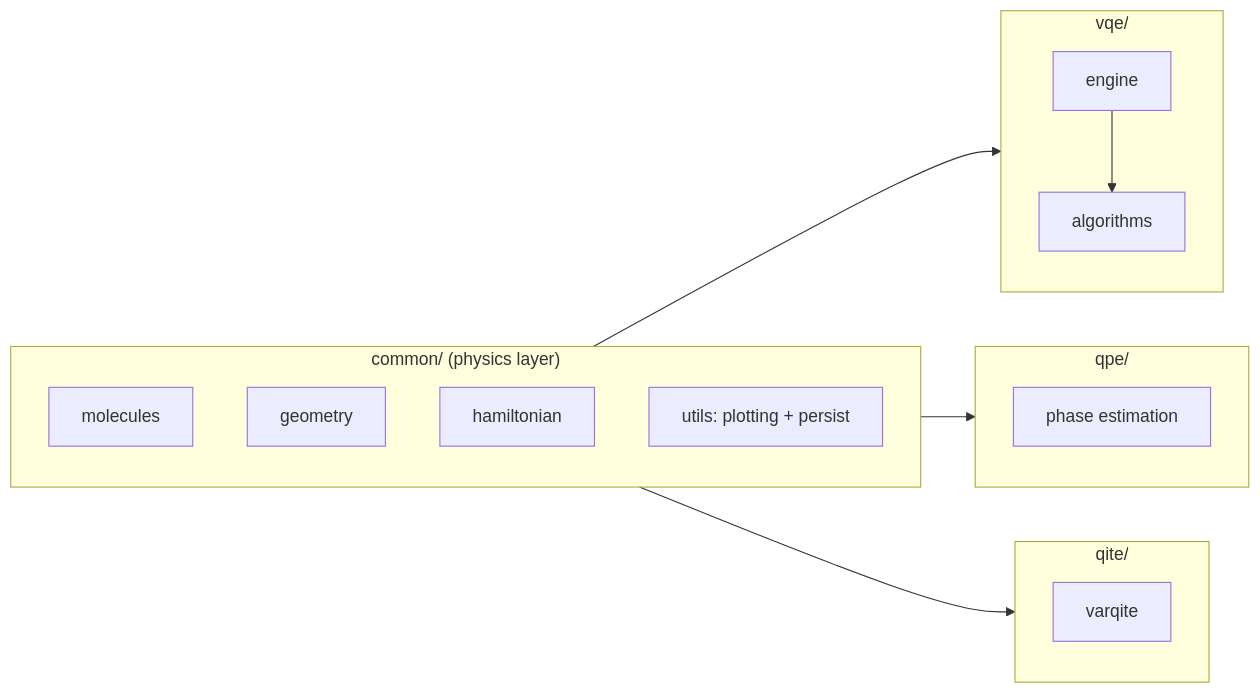
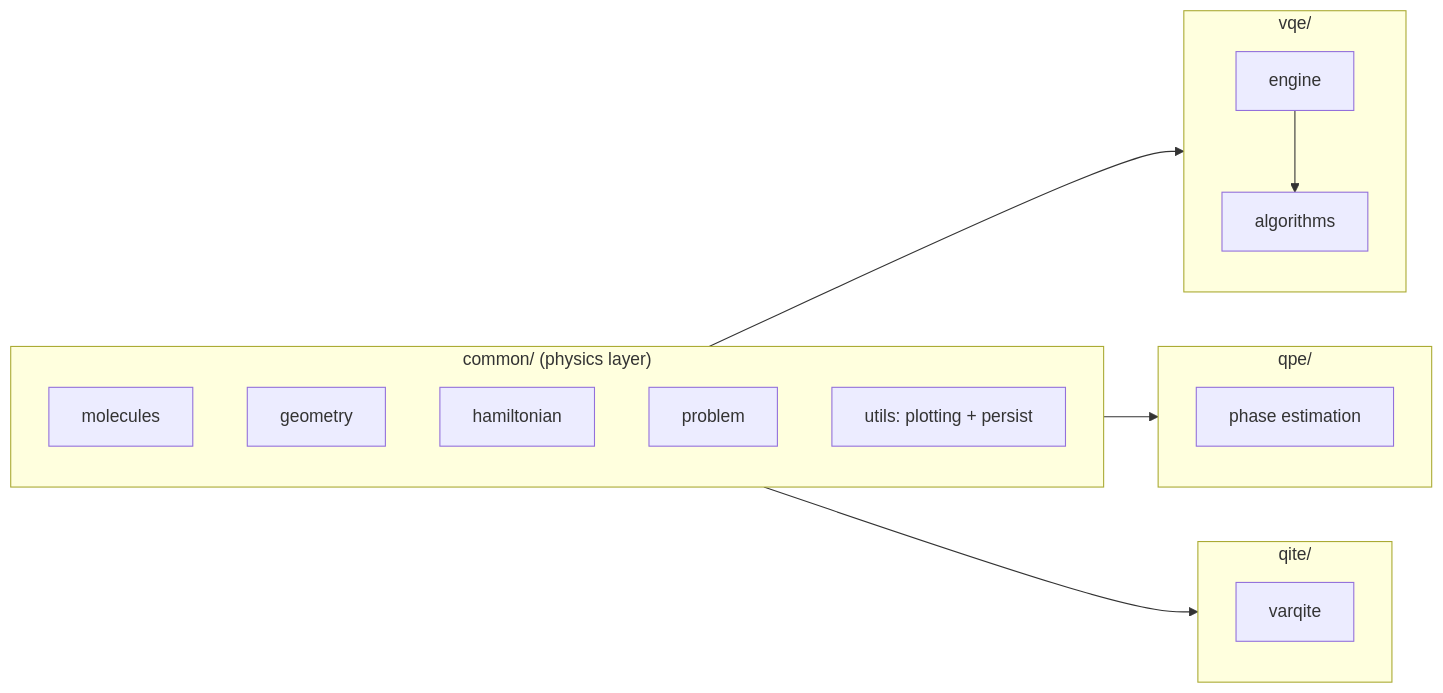
Before and after one commit to SidRichardsQuantum/Variational_Quantum_Eigensolver: the first of 7 diagrams in more_docs/architecture.md, drawn with Mermaid. The commit also changed other lines of this file and 28 other files, not shown here.

````diff
--- a/more_docs/architecture.md
+++ b/more_docs/architecture.md
@@ -31,29 +31,30 @@
 ```mermaid
 flowchart LR
 
     subgraph COMMON["common/ (physics layer)"]
         M[molecules]
         G[geometry]
         H[hamiltonian]
+        R[problem]
         U[utils: plotting + persist]
     end
 
     subgraph VQE["vqe/"]
         VE[engine]
         VA[algorithms]
     end
 
     subgraph QPE["qpe/"]
         QP[phase estimation]
     end
 
     subgraph QITE["qite/"]
         QT[varqite]
     end
 
     COMMON --> VQE
     COMMON --> QPE
     COMMON --> QITE
 
     VE --> VA
 ```
````
